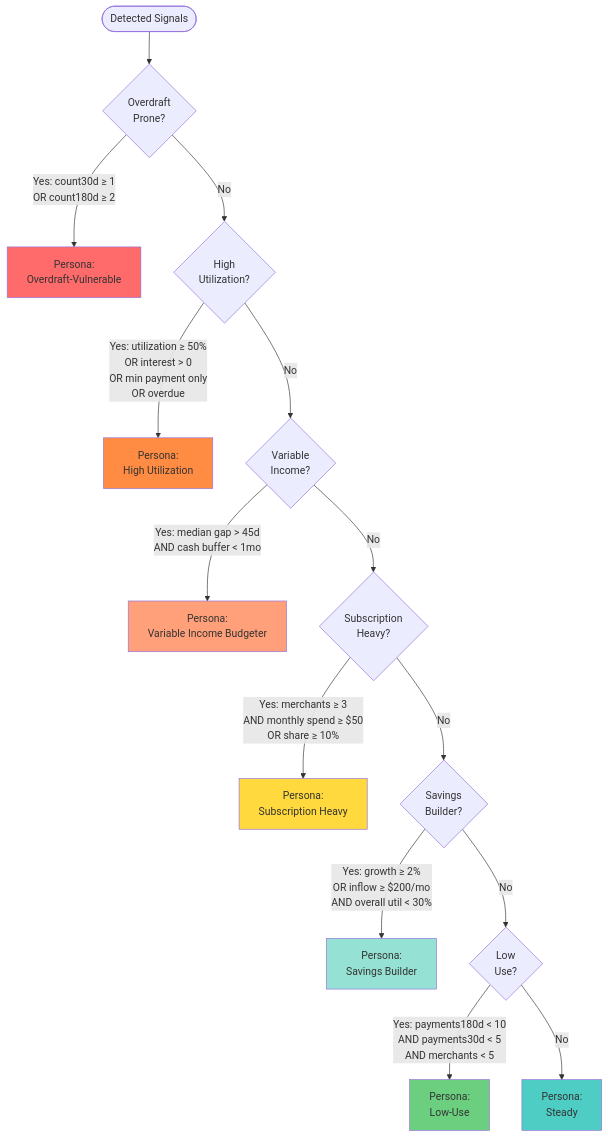
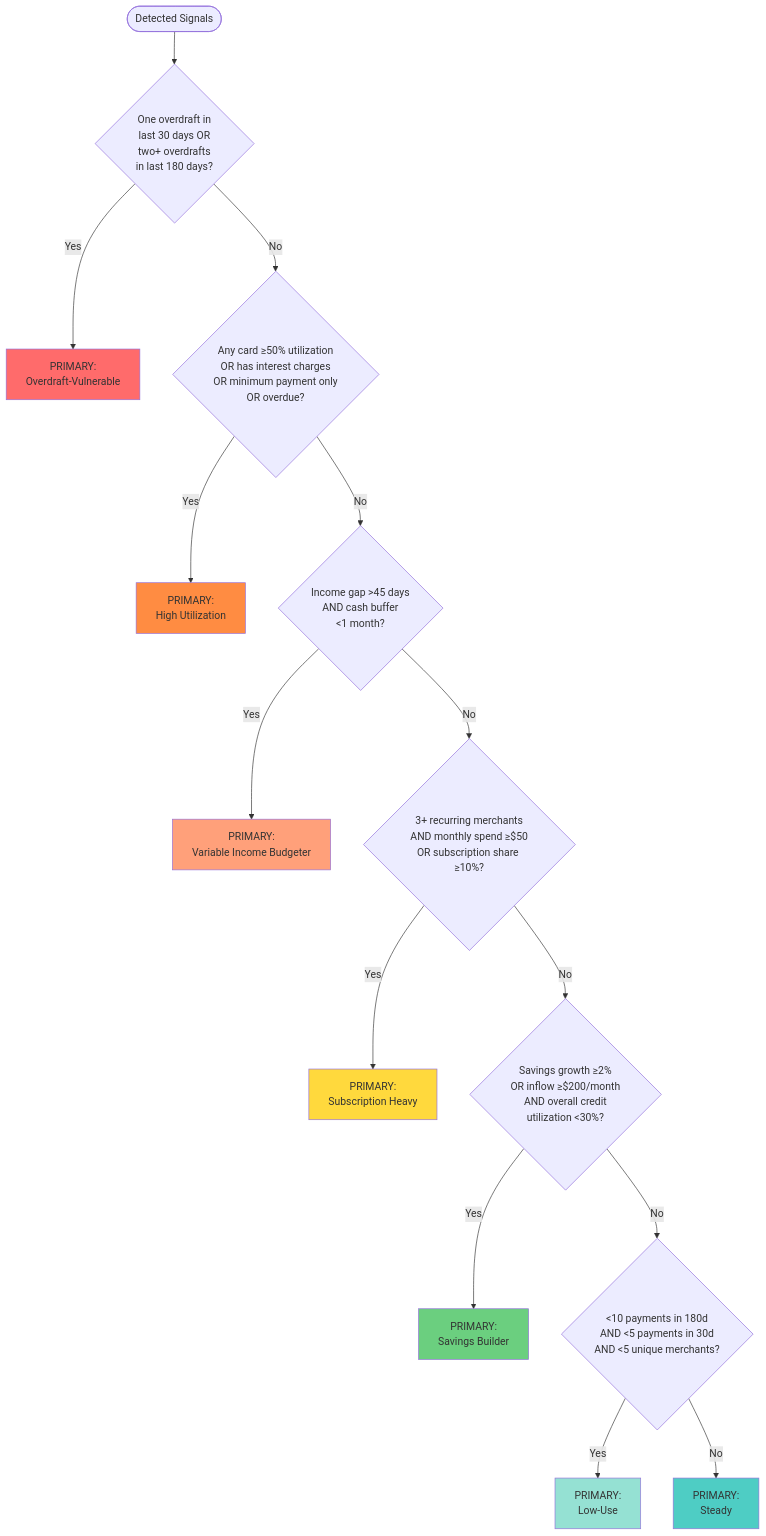
Before and after one commit to NShumway/learn-cents: the diagram in docs/persona-assignment.md, drawn with Mermaid. The commit also changed other lines of this file, not shown here.

Commit message:
Improve persona decision tree flowchart clarity
Changes to Mermaid flowchart:
- Decision nodes now show what's being checked (plain language criteria)
- Result nodes explicitly labeled as "PRIMARY" persona
- Added note that additional insights may be flagged beyond primary
- Simplified language for better readability

Example: Instead of "Overdraft Prone?" → "One overdraft in last 30 days OR two+ overdrafts in last 180 days?"

🤖 Generated with [Claude Code](https://claude.com/claude-code)

````diff
--- a/docs/persona-assignment.md
+++ b/docs/persona-assignment.md
@@ -43,30 +45,30 @@
 ```mermaid
 flowchart TD
-    Start([Detected Signals]) --> Overdraft{Overdraft<br/>Prone?}
+    Start([Detected Signals]) --> Overdraft{One overdraft in<br/>last 30 days OR<br/>two+ overdrafts<br/>in last 180 days?}
 
-    Overdraft -->|Yes: count30d ≥ 1<br/>OR count180d ≥ 2| P1[Persona:<br/>Overdraft-Vulnerable]
-    Overdraft -->|No| Credit{High<br/>Utilization?}
+    Overdraft -->|Yes| P1[PRIMARY:<br/>Overdraft-Vulnerable]
+    Overdraft -->|No| Credit{Any card ≥50% utilization<br/>OR has interest charges<br/>OR minimum payment only<br/>OR overdue?}
 
-    Credit -->|Yes: utilization ≥ 50%<br/>OR interest > 0<br/>OR min payment only<br/>OR overdue| P2[Persona:<br/>High Utilization]
-    Credit -->|No| Income{Variable<br/>Income?}
+    Credit -->|Yes| P2[PRIMARY:<br/>High Utilization]
+    Credit -->|No| Income{Income gap >45 days<br/>AND cash buffer<br/><1 month?}
 
-    Income -->|Yes: median gap > 45d<br/>AND cash buffer < 1mo| P3[Persona:<br/>Variable Income Budgeter]
-    Income -->|No| Subscription{Subscription<br/>Heavy?}
+    Income -->|Yes| P3[PRIMARY:<br/>Variable Income Budgeter]
+    Income -->|No| Subscription{3+ recurring merchants<br/>AND monthly spend ≥$50<br/>OR subscription share ≥10%?}
 
-    Subscription -->|Yes: merchants ≥ 3<br/>AND monthly spend ≥ $50<br/>OR share ≥ 10%| P4[Persona:<br/>Subscription Heavy]
-    Subscription -->|No| Saver{Savings<br/>Builder?}
+    Subscription -->|Yes| P4[PRIMARY:<br/>Subscription Heavy]
+    Subscription -->|No| Saver{Savings growth ≥2%<br/>OR inflow ≥$200/month<br/>AND overall credit<br/>utilization <30%?}
 
-    Saver -->|Yes: growth ≥ 2%<br/>OR inflow ≥ $200/mo<br/>AND overall util < 30%| P5[Persona:<br/>Savings Builder]
-    Saver -->|No| LowUse{Low<br/>Use?}
+    Saver -->|Yes| P5[PRIMARY:<br/>Savings Builder]
+    Saver -->|No| LowUse{<10 payments in 180d<br/>AND <5 payments in 30d<br/>AND <5 unique merchants?}
 
-    LowUse -->|Yes: payments180d < 10<br/>AND payments30d < 5<br/>AND merchants < 5| P6[Persona:<br/>Low-Use]
-    LowUse -->|No| P7[Persona:<br/>Steady]
+    LowUse -->|Yes| P6[PRIMARY:<br/>Low-Use]
+    LowUse -->|No| P7[PRIMARY:<br/>Steady]
 
     style P1 fill:#ff6b6b
     style P2 fill:#ff8c42
     style P3 fill:#ffa07a
     style P4 fill:#ffd93d
-    style P5 fill:#95e1d3
-    style P6 fill:#6bcf7f
+    style P5 fill:#6bcf7f
+    style P6 fill:#95e1d3
     style P7 fill:#4ecdc4
 ```
````
